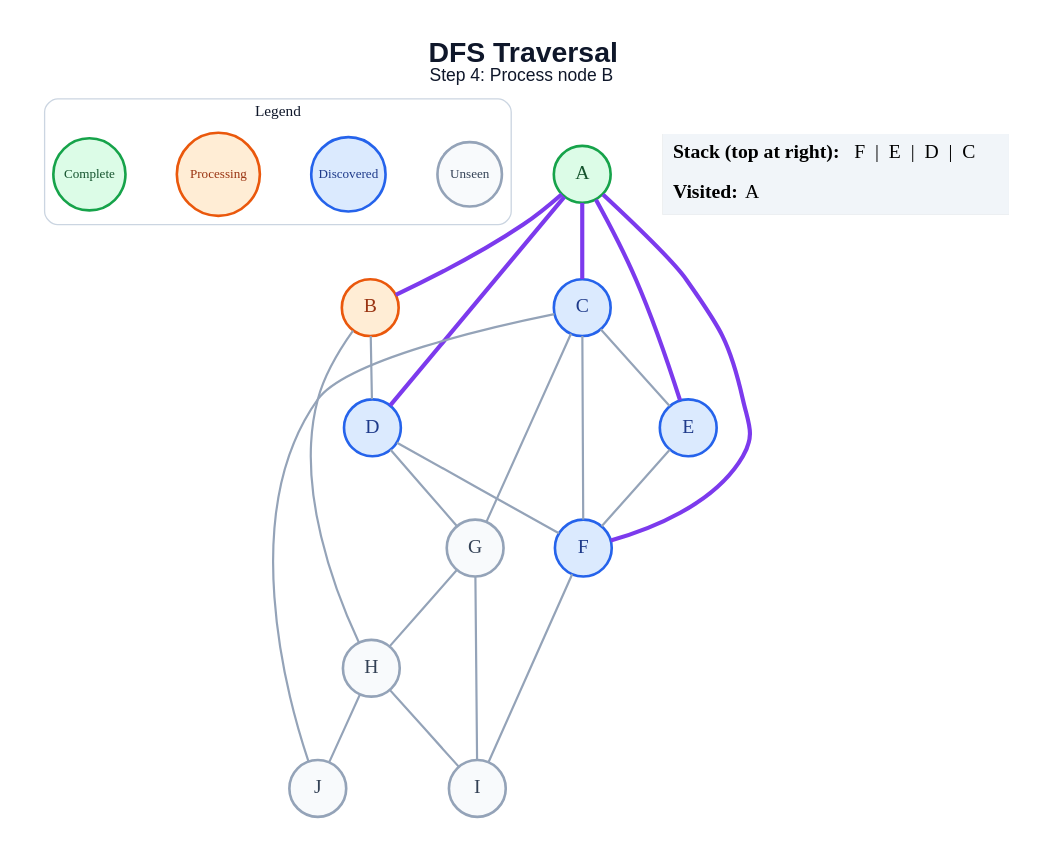
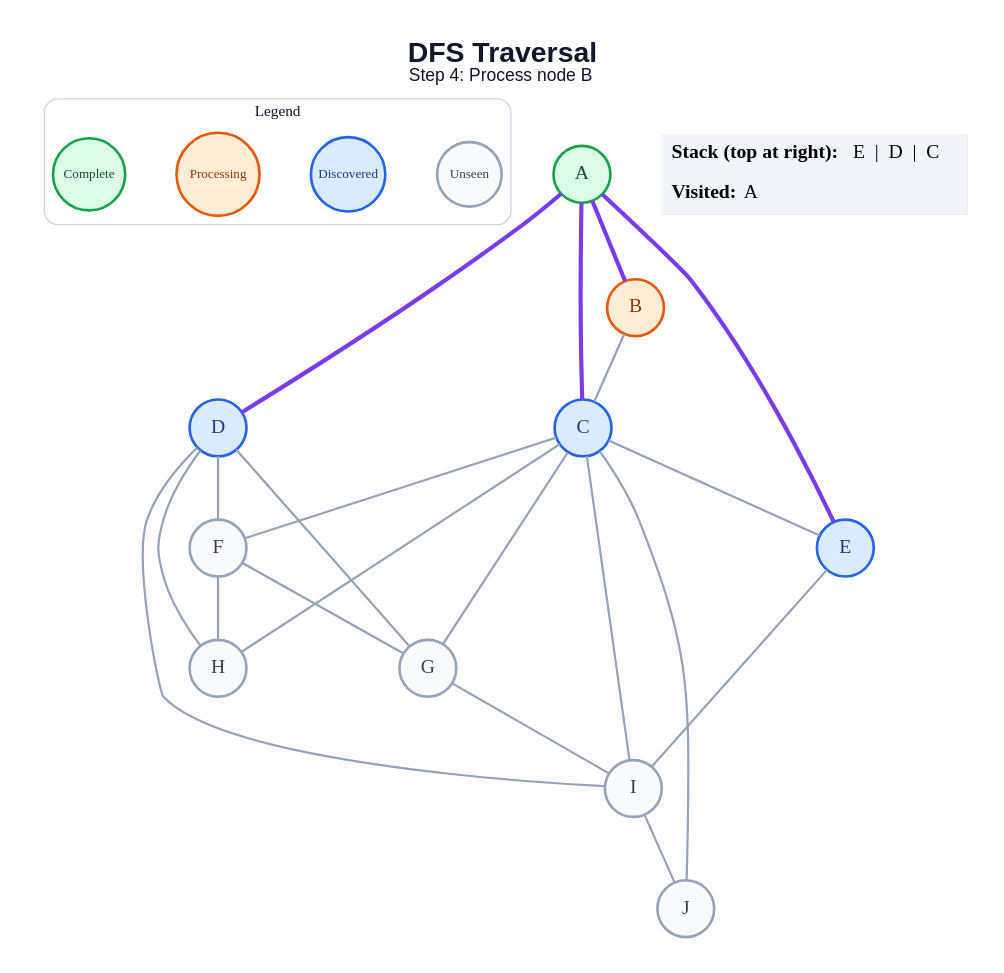
One commit to amanghodawala9/ai-slop changed the diagram in generated/dfs/step_04.dot. Above: the diagram before and after it, drawn with Graphviz. The commit also changed 178 other files, not shown here.

```diff
--- a/generated/dfs/step_04.dot
+++ b/generated/dfs/step_04.dot
@@ -1,48 +1,49 @@
 graph traversal {
   graph [layout=dot, rankdir=TB, bgcolor="#FFFFFF", pad="0.35", nodesep="0.65", ranksep="0.8", fontname="Arial"];
   node [shape=circle, style="filled", fontname="Arial Bold", fontsize=18, width=0.72, fixedsize=true, penwidth=2.4];
   edge [color="#94A3B8", penwidth=2.0];
   label=<<B>DFS Traversal</B><BR/><FONT POINT-SIZE="16">Step 4: Process node B</FONT>>; labelloc="t"; fontsize=26; fontname="Arial"; fontcolor="#0F172A";
   subgraph cluster_legend { label="Legend"; color="#CBD5E1"; penwidth=1.2; style="rounded"; fontsize=14; fontname="Arial Bold";
     key_unseen [label="Unseen", fillcolor="#F8FAFC", color="#94A3B8", fontcolor="#334155", fontsize=12, width=0.82];
     key_frontier [label="Discovered", fillcolor="#DBEAFE", color="#2563EB", fontcolor="#1E3A8A", fontsize=12, width=0.95];
     key_current [label="Processing", fillcolor="#FFEDD5", color="#EA580C", fontcolor="#9A3412", fontsize=12, width=1.05];
     key_done [label="Complete", fillcolor="#DCFCE7", color="#16A34A", fontcolor="#14532D", fontsize=12, width=0.92];
     { rank=same; key_unseen; key_frontier; key_current; key_done; }
   }
   A [fillcolor="#DCFCE7", color="#16A34A", fontcolor="#14532D"];
   B [fillcolor="#FFEDD5", color="#EA580C", fontcolor="#9A3412"];
   C [fillcolor="#DBEAFE", color="#2563EB", fontcolor="#1E3A8A"];
   D [fillcolor="#DBEAFE", color="#2563EB", fontcolor="#1E3A8A"];
   E [fillcolor="#DBEAFE", color="#2563EB", fontcolor="#1E3A8A"];
-  F [fillcolor="#DBEAFE", color="#2563EB", fontcolor="#1E3A8A"];
+  F [fillcolor="#F8FAFC", color="#94A3B8", fontcolor="#334155"];
   G [fillcolor="#F8FAFC", color="#94A3B8", fontcolor="#334155"];
   H [fillcolor="#F8FAFC", color="#94A3B8", fontcolor="#334155"];
   I [fillcolor="#F8FAFC", color="#94A3B8", fontcolor="#334155"];
   J [fillcolor="#F8FAFC", color="#94A3B8", fontcolor="#334155"];
   A -- B [color="#7C3AED", penwidth=3.8];
   A -- C [color="#7C3AED", penwidth=3.8];
   A -- D [color="#7C3AED", penwidth=3.8];
   A -- E [color="#7C3AED", penwidth=3.8];
-  A -- F [color="#7C3AED", penwidth=3.8];
-  B -- D;
-  B -- H;
+  B -- C;
   C -- E;
   C -- F;
   C -- G;
+  C -- H;
+  C -- I;
   C -- J;
   D -- F;
   D -- G;
-  E -- F;
-  F -- I;
-  G -- H;
+  D -- H;
+  D -- I;
+  E -- I;
+  F -- G;
+  F -- H;
   G -- I;
-  H -- I;
-  H -- J;
+  I -- J;
   status [shape=plain, fixedsize=false, width=0, height=0, margin=0, label=<
     <TABLE BORDER="0" CELLBORDER="0" CELLPADDING="7" BGCOLOR="#F1F5F9">
-      <TR><TD ALIGN="LEFT"><B>Stack (top at right):</B> F  |  E  |  D  |  C</TD></TR>
+      <TR><TD ALIGN="LEFT"><B>Stack (top at right):</B> E  |  D  |  C</TD></TR>
       <TR><TD ALIGN="LEFT"><B>Visited:</B> A</TD></TR>
     </TABLE>
   >];
 }
```
